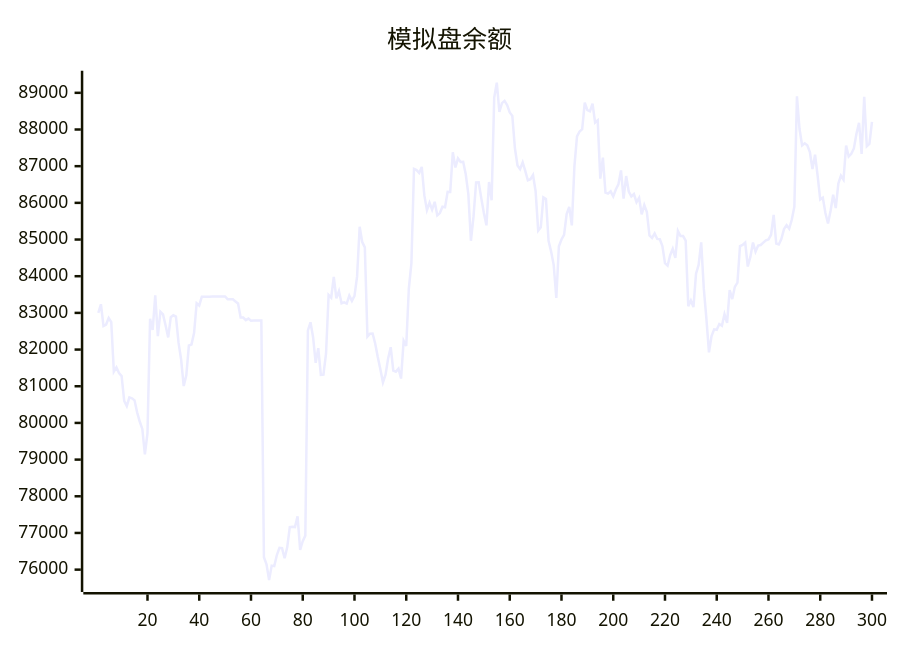
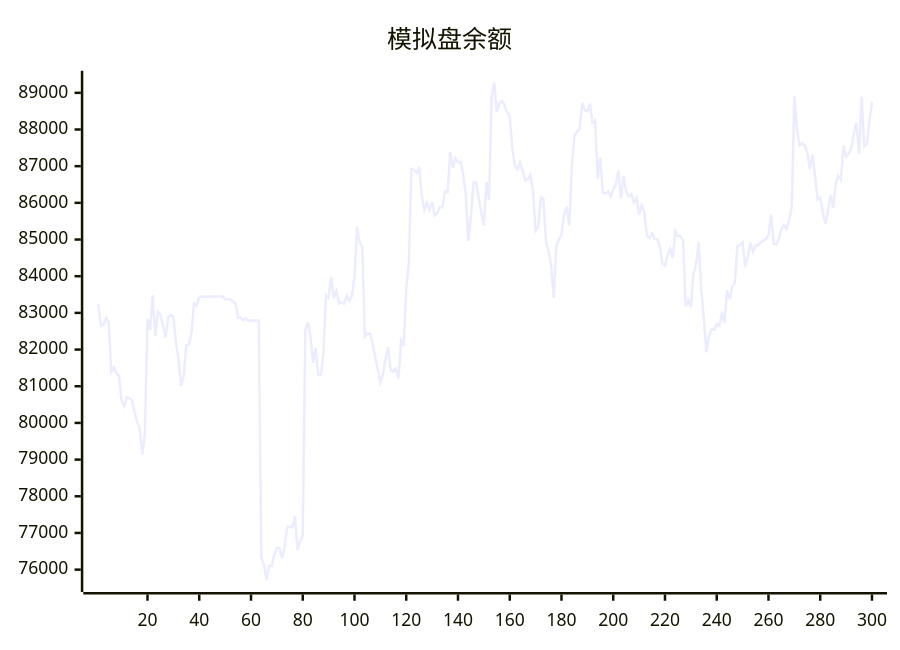
One commit to aahl/ai-trading changed the diagram in README.md. Above: the diagram before and after it, drawn with Mermaid. The commit also changed other lines of this file and 1 other file, not shown here.

````diff
--- a/README.md
+++ b/README.md
@@ -5,5 +5,5 @@
 ```mermaid
 xychart
     title "模拟盘余额"
-    line [82998,83235,82642,82682,82858,82746,81396,81512,81362,81277,80600,80461,80699,80673,80616,80288,80038,79836,79142,79722,82837,82533,83480,82366,83032,82960,82654,82330,82883,82934,82901,82188,81728,81005,81298,82110,82135,82449,83264,83203,83440,83439,83440,83440,83446,83447,83448,83447,83448,83449,83369,83369,83369,83313,83256,82872,82873,82801,82844,82785,82791,82791,82793,82794,76339,76145,75714,76110,76096,76397,76594,76585,76310,76607,77160,77170,77160,77456,76541,76774,76927,82520,82744,82337,81639,82040,81307,81314,81887,83490,83414,83984,83396,83594,83261,83287,83253,83470,83327,83465,83987,85348,84930,84786,82355,82433,82438,82167,81795,81466,81105,81315,81756,82064,81426,81398,81481,81210,82242,82099,83658,84359,86925,86892,86814,86980,86203,85802,86003,85811,86028,85657,85721,85896,85880,86300,86299,87378,86965,87214,87115,87118,86780,86238,84966,85623,86555,86562,86129,85722,85387,86569,86070,88870,89278,88477,88720,88781,88668,88467,88372,87493,87018,86917,87102,86870,86613,86644,86758,86317,85242,85334,86149,86106,84968,84671,84302,83410,84816,85001,85127,85693,85891,85384,87001,87811,87945,88007,88734,88528,88495,88705,88189,88248,86662,87234,86279,86251,86314,86177,86364,86503,86886,86114,86731,86310,86176,86240,86017,86136,85685,85938,85749,85111,85044,85164,85016,85008,84824,84354,84287,84572,84745,84500,85234,85096,85095,84970,83180,83338,83157,84070,84309,84922,83667,82850,81924,82369,82552,82539,82695,82648,82962,82728,83619,83378,83710,83825,84819,84854,84917,84265,84527,84919,84668,84834,84850,84916,84981,85004,85131,85674,84891,84864,85019,85284,85393,85294,85538,85894,88904,88012,87567,87625,87568,87386,86920,87313,86737,86094,86143,85725,85437,85787,86219,85859,86526,86740,86630,87563,87264,87335,87483,87886,88180,87335,88894,87544,87608,88207]
+    line [83235,82642,82682,82858,82746,81396,81512,81362,81277,80600,80461,80699,80673,80616,80288,80038,79836,79142,79722,82837,82533,83480,82366,83032,82960,82654,82330,82883,82934,82901,82188,81728,81005,81298,82110,82135,82449,83264,83203,83440,83439,83440,83440,83446,83447,83448,83447,83448,83449,83369,83369,83369,83313,83256,82872,82873,82801,82844,82785,82791,82791,82793,82794,76339,76145,75714,76110,76096,76397,76594,76585,76310,76607,77160,77170,77160,77456,76541,76774,76927,82520,82744,82337,81639,82040,81307,81314,81887,83490,83414,83984,83396,83594,83261,83287,83253,83470,83327,83465,83987,85348,84930,84786,82355,82433,82438,82167,81795,81466,81105,81315,81756,82064,81426,81398,81481,81210,82242,82099,83658,84359,86925,86892,86814,86980,86203,85802,86003,85811,86028,85657,85721,85896,85880,86300,86299,87378,86965,87214,87115,87118,86780,86238,84966,85623,86555,86562,86129,85722,85387,86569,86070,88870,89278,88477,88720,88781,88668,88467,88372,87493,87018,86917,87102,86870,86613,86644,86758,86317,85242,85334,86149,86106,84968,84671,84302,83410,84816,85001,85127,85693,85891,85384,87001,87811,87945,88007,88734,88528,88495,88705,88189,88248,86662,87234,86279,86251,86314,86177,86364,86503,86886,86114,86731,86310,86176,86240,86017,86136,85685,85938,85749,85111,85044,85164,85016,85008,84824,84354,84287,84572,84745,84500,85234,85096,85095,84970,83180,83338,83157,84070,84309,84922,83667,82850,81924,82369,82552,82539,82695,82648,82962,82728,83619,83378,83710,83825,84819,84854,84917,84265,84527,84919,84668,84834,84850,84916,84981,85004,85131,85674,84891,84864,85019,85284,85393,85294,85538,85894,88904,88012,87567,87625,87568,87386,86920,87313,86737,86094,86143,85725,85437,85787,86219,85859,86526,86740,86630,87563,87264,87335,87483,87886,88180,87335,88894,87544,87608,88207,88755]
 ```
````
